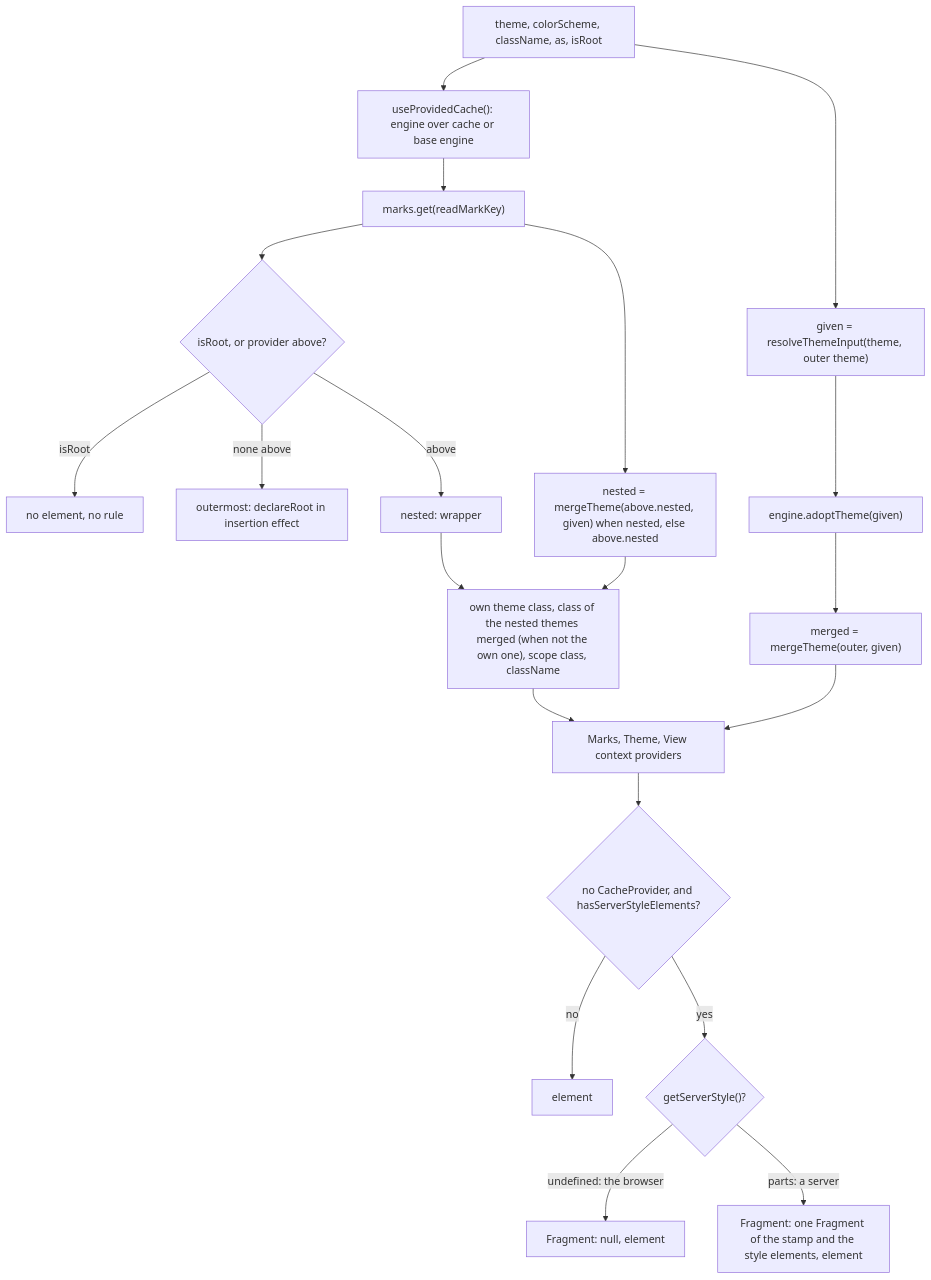
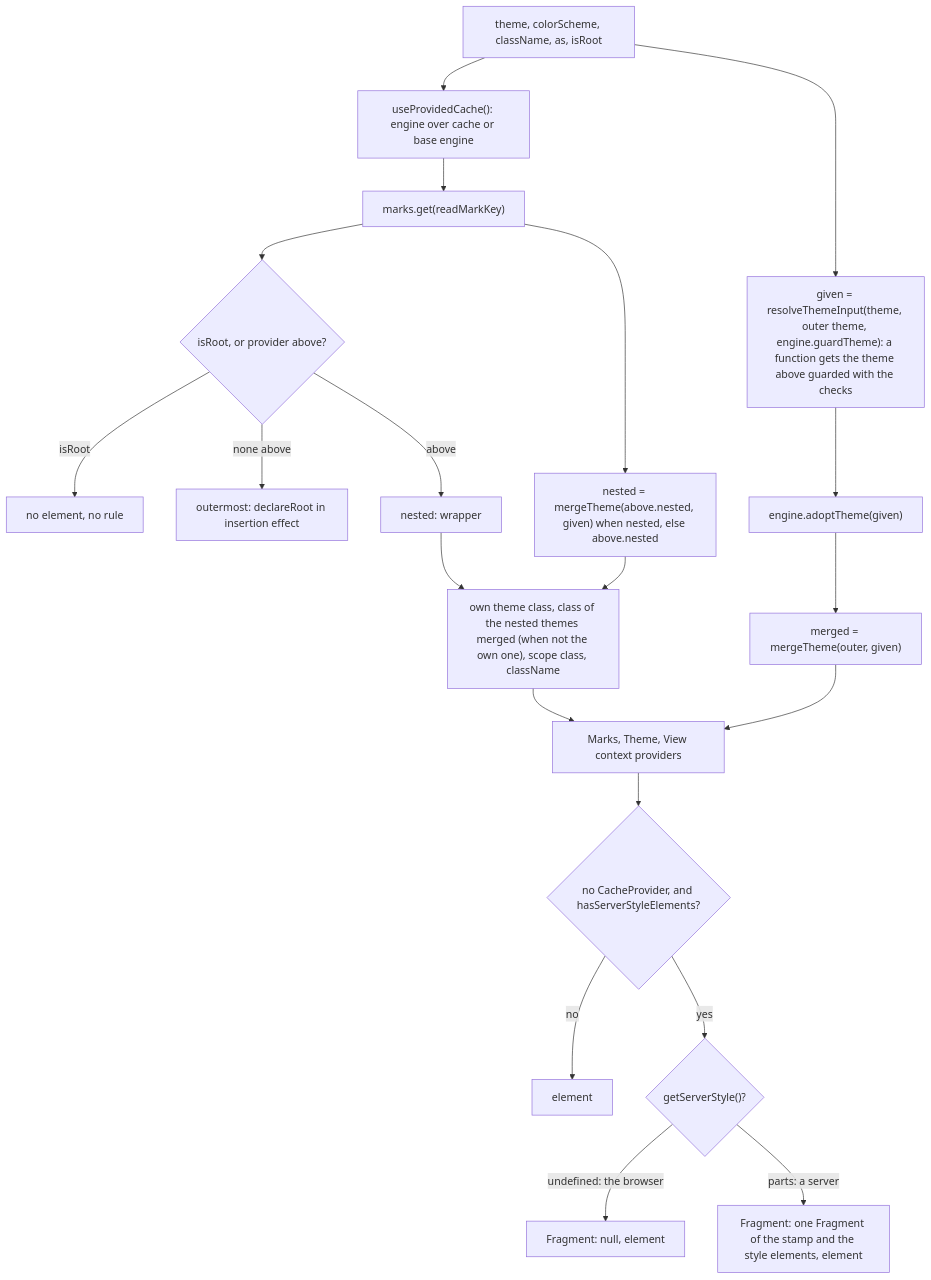
The diagram in packages/react/src/ThemeProvider.md (soroush-tech/umber-style), drawn with Mermaid before and after one commit. The commit also changed 50 other files, not shown here.

Commit message:
feat: the style functions of an element share one argument per render, the theme a function gets cannot be written in development, and the helpers the bindings share move to @umber-style/core/internal - close #69

````diff
--- a/packages/react/src/ThemeProvider.md
+++ b/packages/react/src/ThemeProvider.md
@@ -22,22 +22,22 @@
 ```mermaid
 flowchart TD
   props["theme, colorScheme, className, as, isRoot"] --> cache["useProvidedCache(): engine over cache or base engine"]
   cache --> above["marks.get(readMarkKey)"]
   above --> role{"isRoot, or provider above?"}
   role -->|isRoot| rootRole["no element, no rule"]
   role -->|none above| outer["outermost: declareRoot in insertion effect"]
   role -->|above| nested["nested: wrapper"]
-  props --> given["given = resolveThemeInput(theme, outer theme)"]
+  props --> given["given = resolveThemeInput(theme, outer theme, engine.guardTheme): a function gets the theme above guarded with the checks"]
   given --> adopt["engine.adoptTheme(given)"]
   adopt --> merged["merged = mergeTheme(outer, given)"]
   above --> nestedTheme["nested = mergeTheme(above.nested, given) when nested, else above.nested"]
   nestedTheme --> classes
   nested --> classes["own theme class, class of the nested themes merged (when not the own one), scope class, className"]
   merged --> contexts["Marks, Theme, View context providers"]
   classes --> contexts
   contexts --> place{"no CacheProvider, and hasServerStyleElements?"}
   place -->|no| out["element"]
   place -->|yes| server{"getServerStyle()?"}
   server -->|undefined: the browser| empty["Fragment: null, element"]
   server -->|parts: a server| styled["Fragment: one Fragment of the stamp and the style elements, element"]
 ```
````
